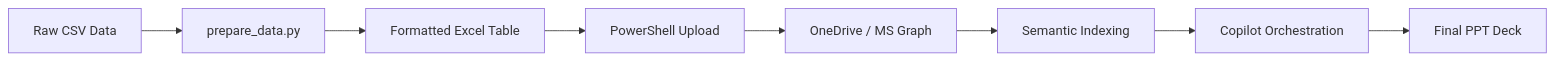
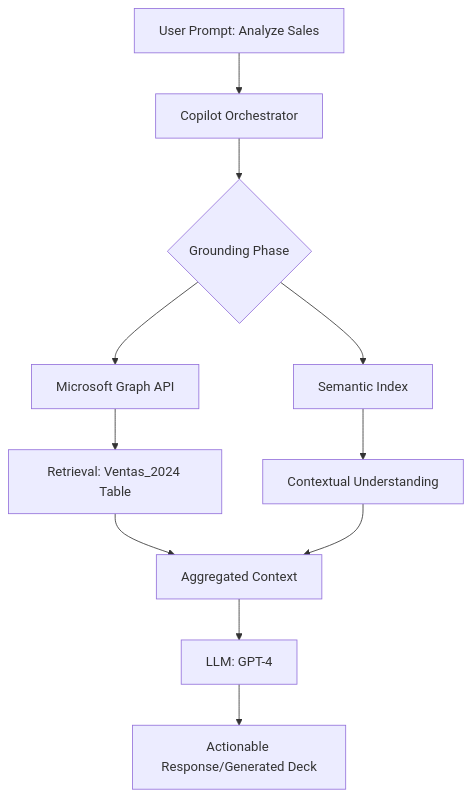
One commit to LuciaCode/executive-reporting-automation changed the diagram in README.md. Above: the diagram before and after it, drawn with Mermaid. The commit also changed other lines of this file and 1 other file, not shown here.

````diff
--- a/README.md
+++ b/README.md
@@ -15,10 +15,13 @@
 ```mermaid
-graph LR
-    A[Raw CSV Data] --> B[prepare_data.py]
-    B --> C[Formatted Excel Table]
-    C --> D[PowerShell Upload]
-    D --> E[OneDrive / MS Graph]
-    E --> F[Semantic Indexing]
-    F --> G[Copilot Orchestration]
-    G --> H[Final PPT Deck]
+graph TD
+    A[User Prompt: Analyze Sales] --> B[Copilot Orchestrator]
+    B --> C{Grounding Phase}
+    C --> D[Microsoft Graph API]
+    C --> E[Semantic Index]
+    D --> F[Retrieval: Ventas_2024 Table]
+    E --> G[Contextual Understanding]
+    F --> H[Aggregated Context]
+    G --> H
+    H --> I[LLM: GPT-4]
+    I --> J[Actionable Response/Generated Deck]
 ```
````
